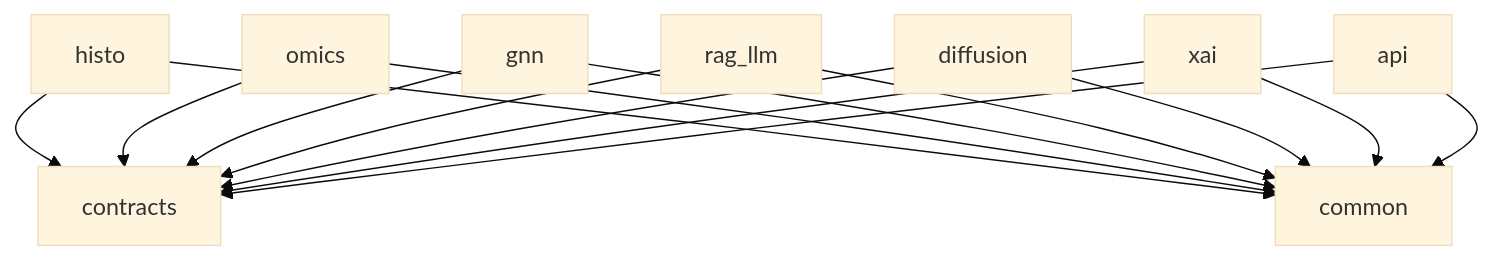
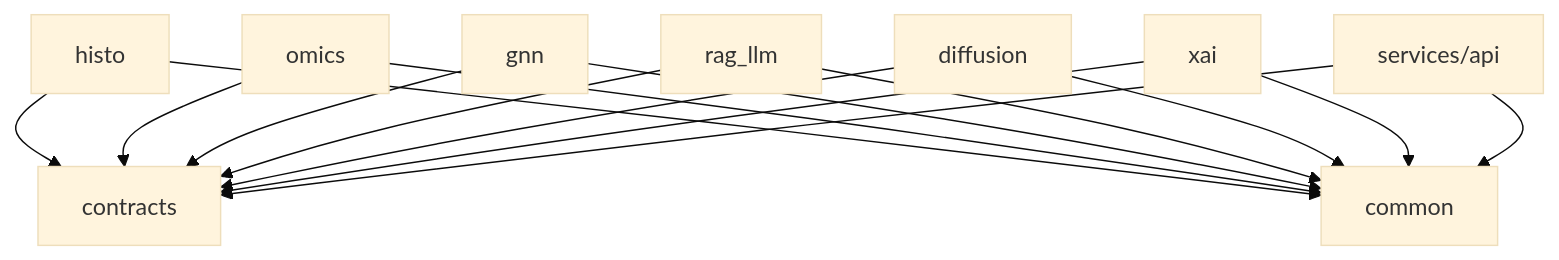
Before and after one commit to Weli-byte/FUBiltagteam: the second of 2 diagrams in docs/architecture.md, drawn with Mermaid (base theme). The commit also changed other lines of this file and 14 other files, not shown here.

First line of the commit message:
1.1: plandaki yerleşime dön (models/*, services/api), sınır testini güncelle

````diff
--- a/docs/architecture.md
+++ b/docs/architecture.md
@@ -32,17 +32,17 @@
 ```mermaid
 flowchart TD
     histo --> contracts
     omics --> contracts
     gnn --> contracts
     rag_llm --> contracts
     diffusion --> contracts
     xai --> contracts
-    api --> contracts
+    api[services/api] --> contracts
     histo --> common
     omics --> common
     gnn --> common
     rag_llm --> common
     diffusion --> common
     xai --> common
     api --> common
 ```
````
